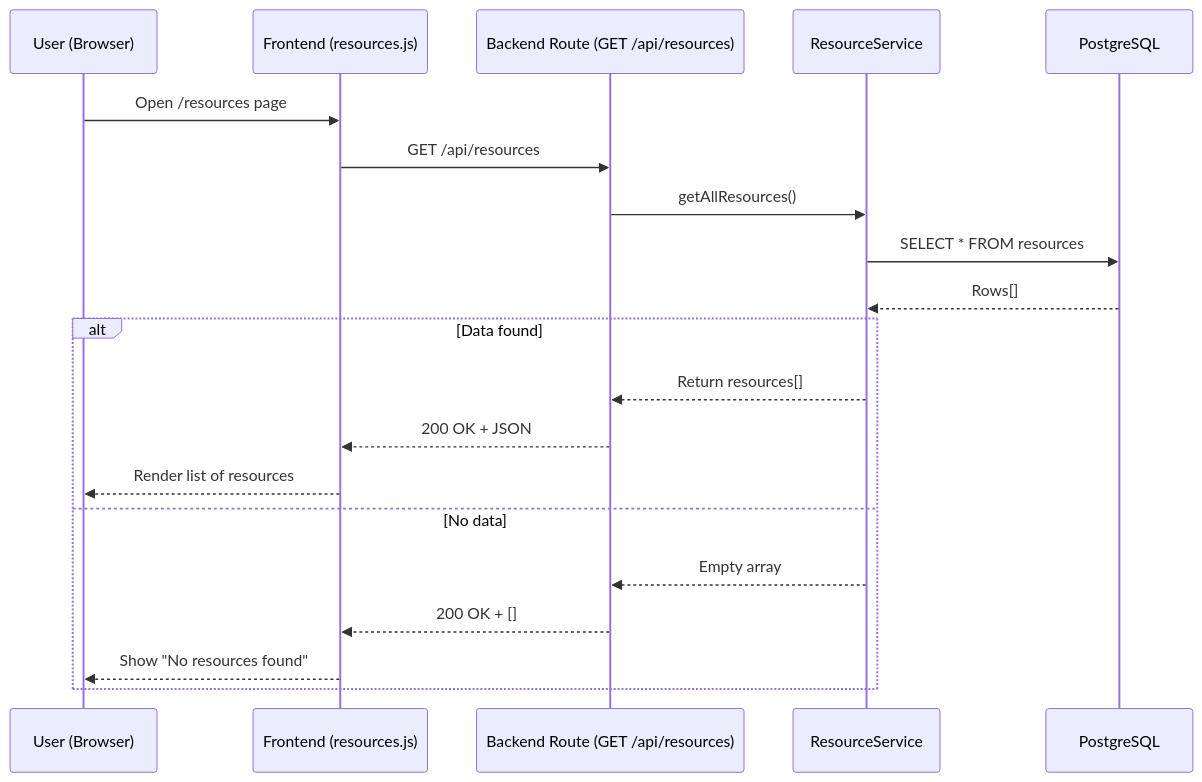
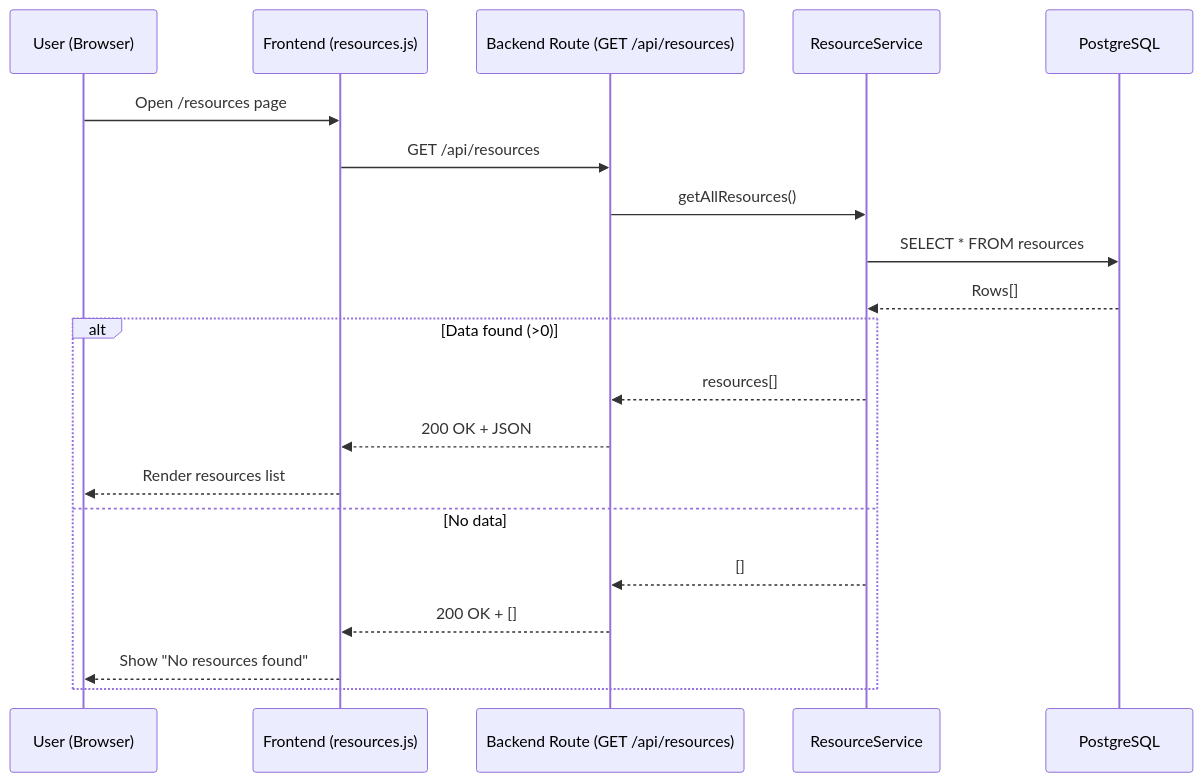
The second of 4 diagrams in BookingSystemPhase6/BookingSystemPhase6_Report.md (viekko/IT00AK35-3005-Web-kehitt-misen-jatkokurssi), drawn with Mermaid before and after one commit. The commit also changed other lines of this file, not shown here.

````diff
--- a/BookingSystemPhase6/BookingSystemPhase6_Report.md
+++ b/BookingSystemPhase6/BookingSystemPhase6_Report.md
@@ -40,25 +41,25 @@
 ```mermaid
 sequenceDiagram
     participant U as User (Browser)
     participant F as Frontend (resources.js)
     participant B as Backend Route (GET /api/resources)
     participant S as ResourceService
     participant DB as PostgreSQL
 
     U->>F: Open /resources page
     F->>B: GET /api/resources
 
     B->>S: getAllResources()
     S->>DB: SELECT * FROM resources
     DB-->>S: Rows[]
 
-    alt Data found
-        S-->>B: Return resources[]
+    alt Data found (>0)
+        S-->>B: resources[]
         B-->>F: 200 OK + JSON
-        F-->>U: Render list of resources
+        F-->>U: Render resources list
     else No data
-        S-->>B: Empty array
+        S-->>B: []
         B-->>F: 200 OK + []
         F-->>U: Show "No resources found"
     end
 ```
````
